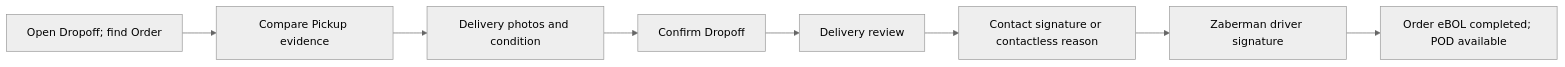
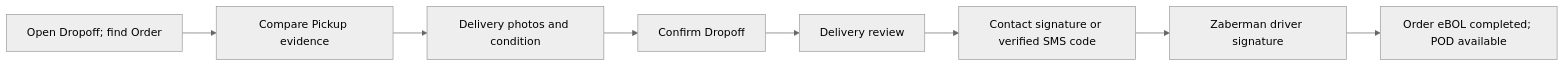
One commit to yarsuleimenov-code/Mobile_app changed the third of 4 diagrams in docs/mobile-app/business-overview.md. Above: the diagram before and after it, drawn with Mermaid (neutral theme). The commit also changed other lines of this file and 50 other files, not shown here.

````diff
--- a/docs/mobile-app/business-overview.md
+++ b/docs/mobile-app/business-overview.md
@@ -58,10 +72,10 @@
 ```mermaid
 flowchart LR
   A["Open Dropoff; find Order"] --> B["Compare Pickup evidence"]
   B --> C["Delivery photos and condition"]
   C --> D["Confirm Dropoff"]
   D --> E["Delivery review"]
-  E --> F["Contact signature or contactless reason"]
+  E --> F["Contact signature or verified SMS code"]
   F --> G["Zaberman driver signature"]
   G --> H["Order eBOL completed; POD available"]
 ```
````
